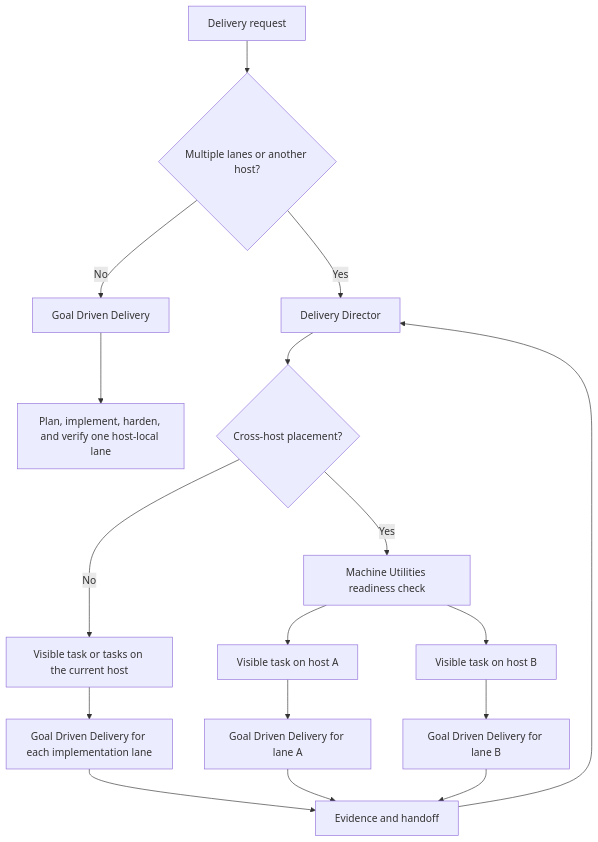
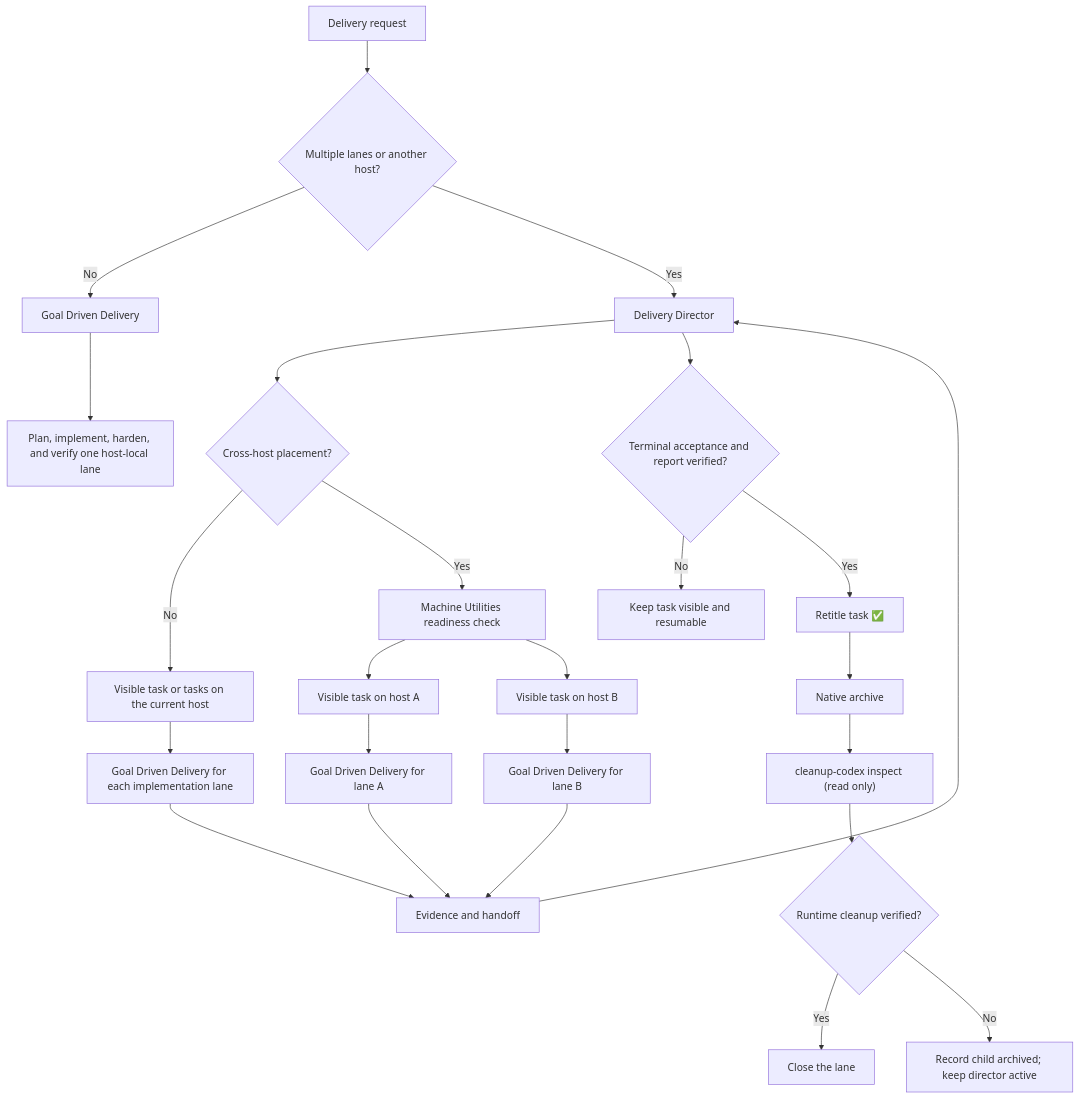
Before and after one commit to novotnyllc/agent-utilities: the diagram in docs/delivery-workflows.md, drawn with Mermaid. The commit also changed other lines of this file and 10 other files, not shown here.

Commit message:
feat: add guarded Codex runtime cleanup

````diff
--- a/docs/delivery-workflows.md
+++ b/docs/delivery-workflows.md
@@ -44,19 +44,27 @@
 ```mermaid
 flowchart TD
     request["Delivery request"] --> decision{"Multiple lanes or another host?"}
     decision -- No --> gdd["Goal Driven Delivery"]
     gdd --> local["Plan, implement, harden, and verify one host-local lane"]
     decision -- Yes --> director["Delivery Director"]
     director --> crosshost{"Cross-host placement?"}
     crosshost -- No --> localTasks["Visible task or tasks on the current host"]
     localTasks --> localGdd["Goal Driven Delivery for each implementation lane"]
     localGdd --> evidence["Evidence and handoff"]
     crosshost -- Yes --> readiness["Machine Utilities readiness check"]
     readiness --> taskA["Visible task on host A"]
     readiness --> taskB["Visible task on host B"]
     taskA --> gddA["Goal Driven Delivery for lane A"]
     taskB --> gddB["Goal Driven Delivery for lane B"]
     gddA --> evidence
     gddB --> evidence
     evidence --> director
+    director --> terminal{"Terminal acceptance and report verified?"}
+    terminal -- No --> resumable["Keep task visible and resumable"]
+    terminal -- Yes --> retitle["Retitle task ✅"]
+    retitle --> archive["Native archive"]
+    archive --> inspect["cleanup-codex inspect (read only)"]
+    inspect --> verified{"Runtime cleanup verified?"}
+    verified -- Yes --> closed["Close the lane"]
+    verified -- No --> unresolved["Record child archived; keep director active"]
 ```
````
